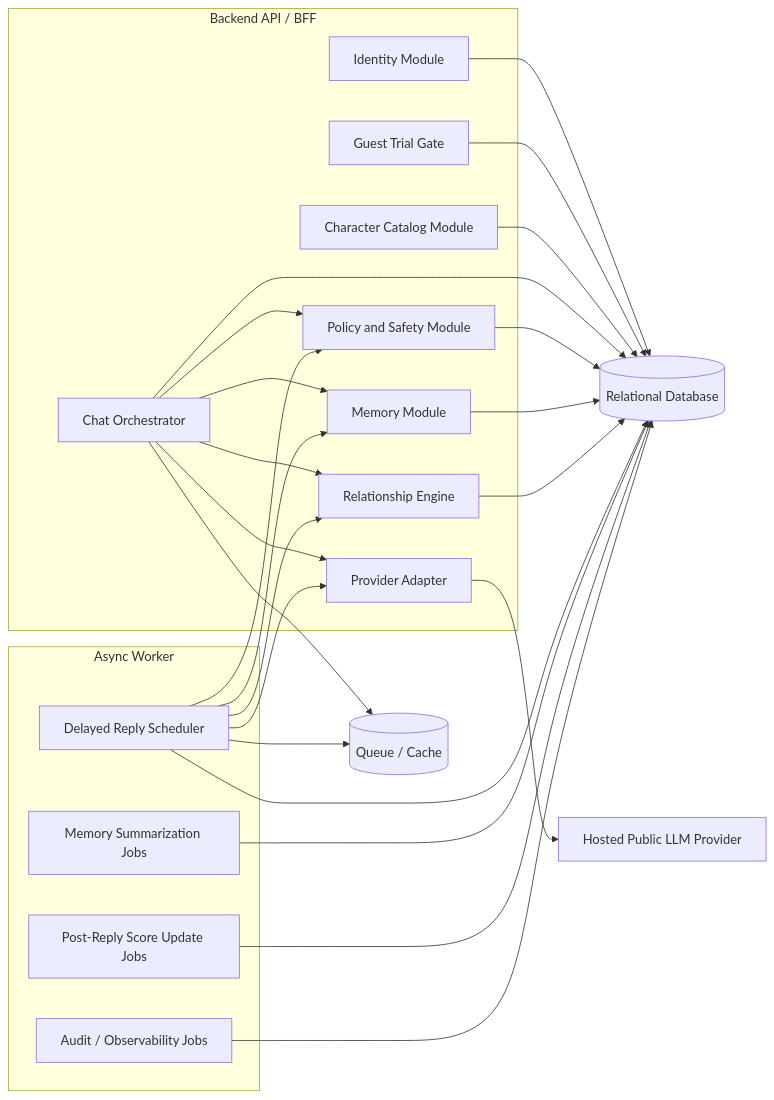
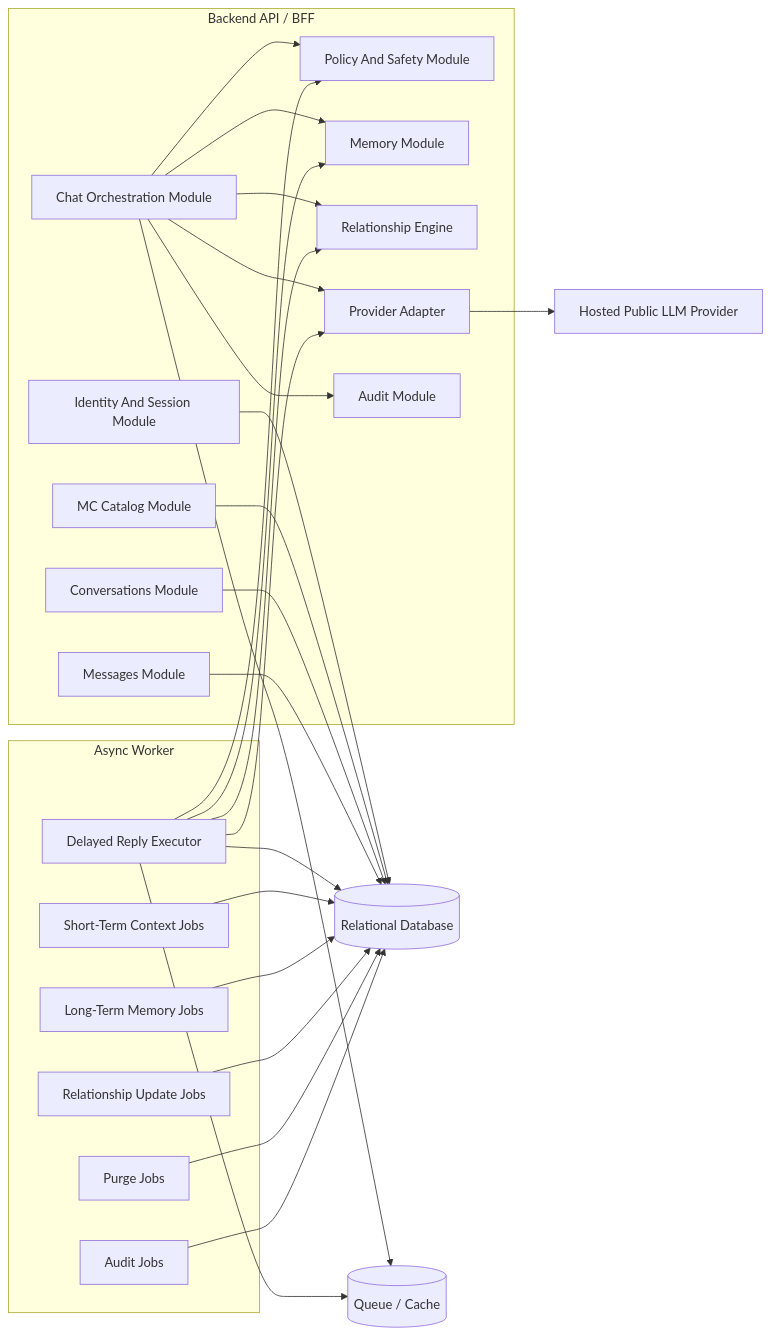
One commit to aa-aiera/renai_docs changed the third of 4 diagrams in docs/02_architecture/renai-game-llm-mvp-component-diagrams.md. Above: the diagram before and after it, drawn with Mermaid. The commit also changed other lines of this file and 16 other files, not shown here.

````diff
--- a/docs/02_architecture/renai-game-llm-mvp-component-diagrams.md
+++ b/docs/02_architecture/renai-game-llm-mvp-component-diagrams.md
@@ -114,48 +102,52 @@
 ```mermaid
 flowchart LR
     subgraph API[Backend API / BFF]
-        Identity[Identity Module]
-        Trial[Guest Trial Gate]
-        Catalog[Character Catalog Module]
-        Chat[Chat Orchestrator]
-        Policy[Policy and Safety Module]
+        Identity[Identity And Session Module]
+        Catalog[MC Catalog Module]
+        Conversations[Conversations Module]
+        Messages[Messages Module]
+        Chat[Chat Orchestration Module]
+        Policy[Policy And Safety Module]
         Memory[Memory Module]
         Relationship[Relationship Engine]
         Provider[Provider Adapter]
+        Audit[Audit Module]
     end
 
     subgraph Worker[Async Worker]
-        Scheduler[Delayed Reply Scheduler]
-        MemoryJobs[Memory Summarization Jobs]
-        ScoreJobs[Post-Reply Score Update Jobs]
-        AuditJobs[Audit / Observability Jobs]
+        Scheduler[Delayed Reply Executor]
+        ContextJobs[Short-Term Context Jobs]
+        MemoryJobs[Long-Term Memory Jobs]
+        ScoreJobs[Relationship Update Jobs]
+        PurgeJobs[Purge Jobs]
+        AuditJobs[Audit Jobs]
     end
 
     DB[(Relational Database)]
     Cache[(Queue / Cache)]
     HostedLLM[Hosted Public LLM Provider]
 
     Identity --> DB
-    Trial --> DB
     Catalog --> DB
+    Conversations --> DB
+    Messages --> DB
     Chat --> Policy
     Chat --> Memory
     Chat --> Relationship
     Chat --> Provider
-    Chat --> DB
+    Chat --> Audit
     Chat --> Cache
-    Policy --> DB
-    Memory --> DB
-    Relationship --> DB
     Provider --> HostedLLM
 
     Scheduler --> Cache
     Scheduler --> DB
-    Scheduler --> Provider
     Scheduler --> Policy
     Scheduler --> Memory
     Scheduler --> Relationship
+    Scheduler --> Provider
+    ContextJobs --> DB
     MemoryJobs --> DB
     ScoreJobs --> DB
+    PurgeJobs --> DB
     AuditJobs --> DB
 ```
````
